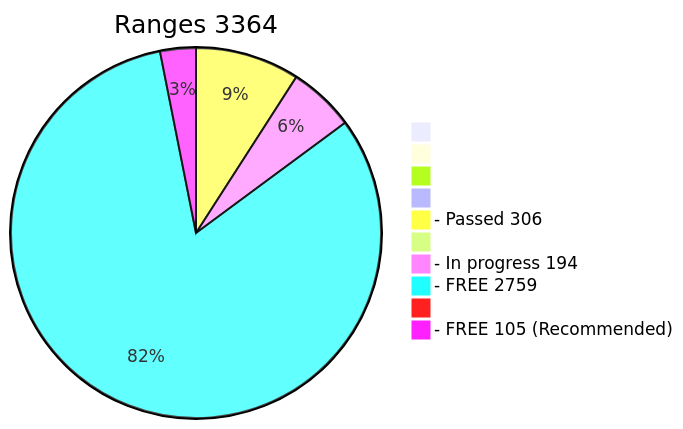
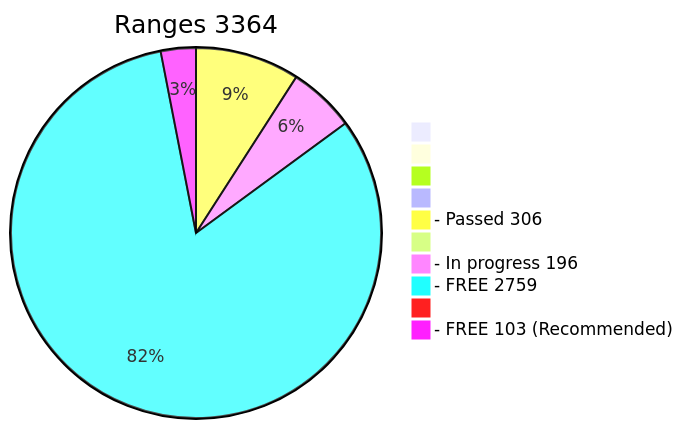
Before and after one commit to phrutis/wif500: the diagram in x64/Release/table.md, drawn with Mermaid. The commit also changed other lines of this file, not shown here.

````diff
--- a/x64/Release/table.md
+++ b/x64/Release/table.md
@@ -2,13 +2,13 @@
 ```mermaid
 pie title Ranges 3364
   " " : 0
   "  " : 0
   "   " : 0
   "    " : 0
   "- Passed 306" : 306
   "     " : 0
-  "- In progress 194" : 194
+  "- In progress 196" : 196
   "- FREE 2759" : 2759
   "      " : 0
-  "- FREE 105 (Recommended)" : 105
+  "- FREE 103 (Recommended)" : 103
 ```
````
